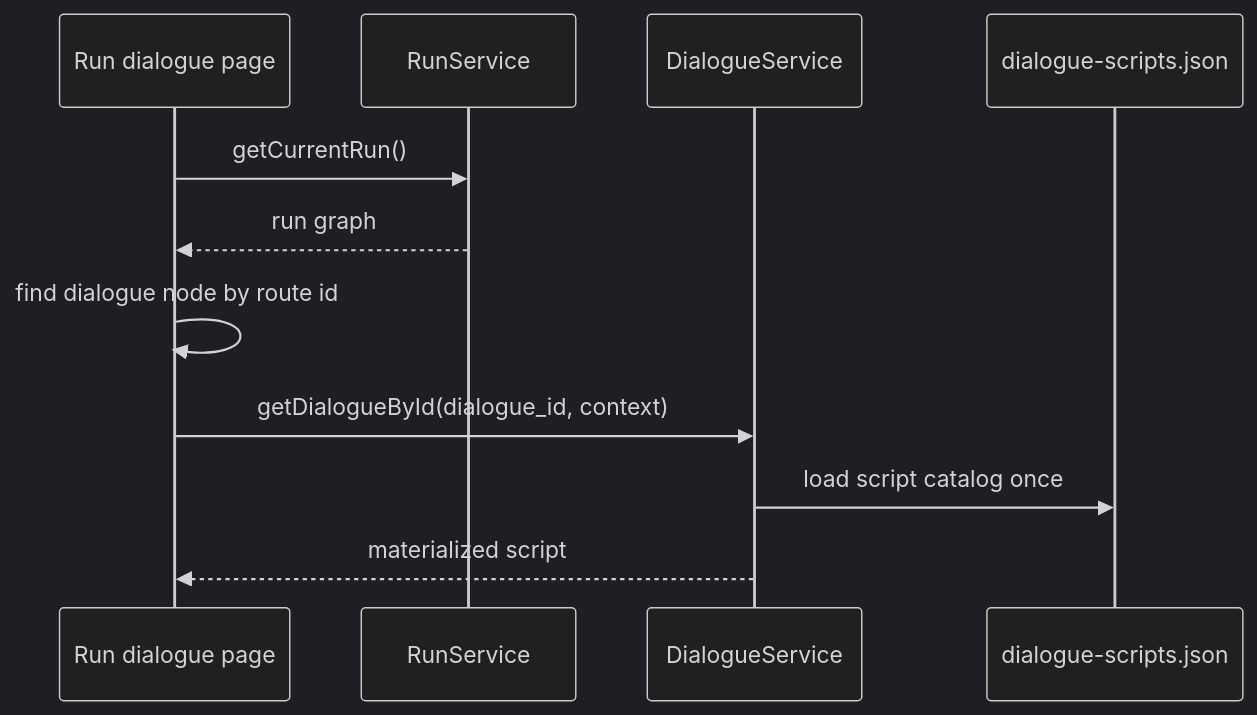
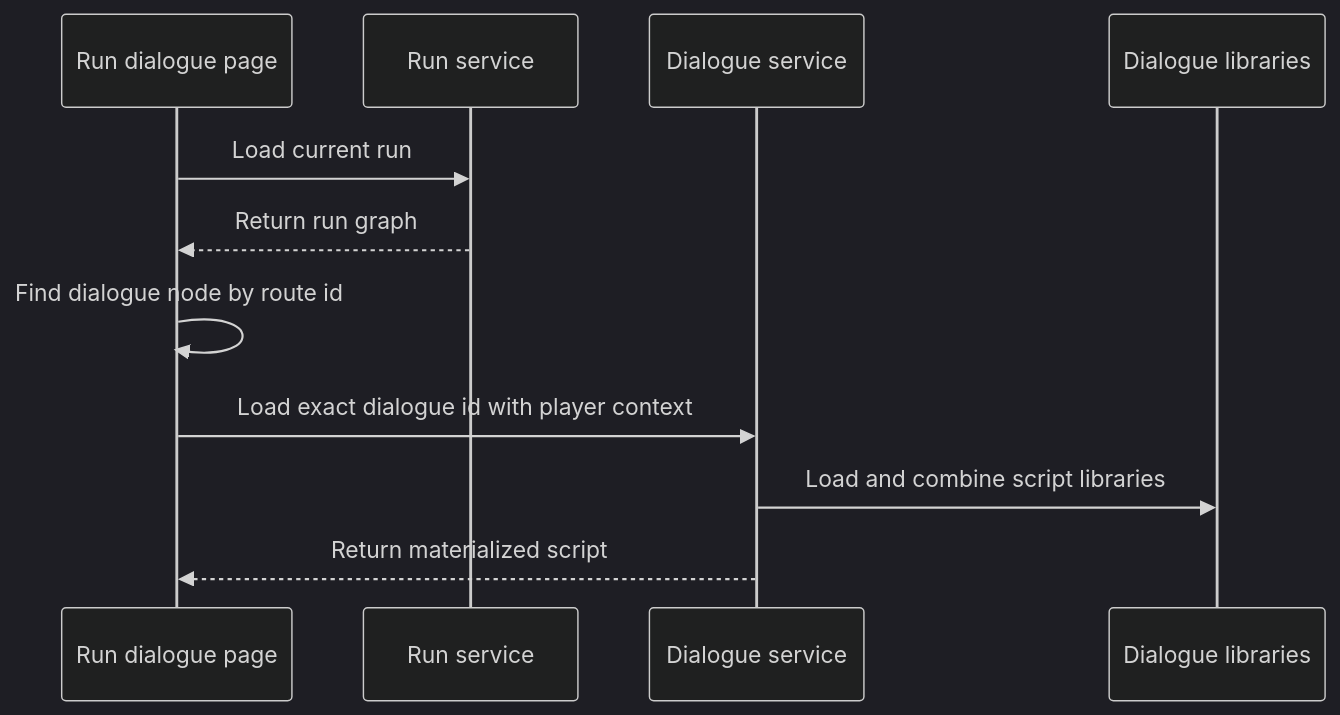
Before and after one commit to NickGrant/DiceGoblin: the second of 4 diagrams in documentation/02-systems/04-dialogue-flow-determination.md, drawn with Mermaid (dark theme). The commit also changed other lines of this file, not shown here.

Commit message:
docs: separate dialogue flow from dialogue content

````diff
--- a/documentation/02-systems/04-dialogue-flow-determination.md
+++ b/documentation/02-systems/04-dialogue-flow-determination.md
@@ -58,14 +66,14 @@
 ```mermaid
 sequenceDiagram
   participant P as Run dialogue page
-  participant R as RunService
-  participant D as DialogueService
-  participant J as dialogue-scripts.json
+  participant R as Run service
+  participant D as Dialogue service
+  participant L as Dialogue libraries
 
-  P->>R: getCurrentRun()
-  R-->>P: run graph
-  P->>P: find dialogue node by route id
-  P->>D: getDialogueById(dialogue_id, context)
-  D->>J: load script catalog once
-  D-->>P: materialized script
+  P->>R: Load current run
+  R-->>P: Return run graph
+  P->>P: Find dialogue node by route id
+  P->>D: Load exact dialogue id with player context
+  D->>L: Load and combine script libraries
+  D-->>P: Return materialized script
 ```
````
